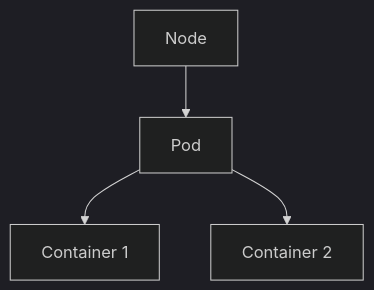
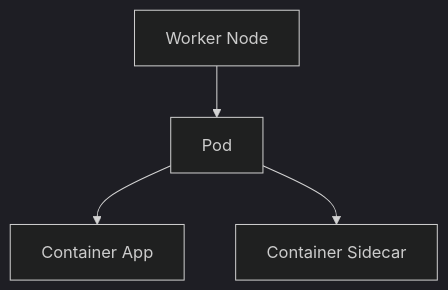
One commit to josemendes63/dkms-training changed the first of 2 diagrams in docs/kubernetes/pods.md. Above: the diagram before and after it, drawn with Mermaid (dark theme). The commit also changed other lines of this file and 6 other files, not shown here.

Commit message:
Diagramas Mermaid Kubernetes

````diff
--- a/docs/kubernetes/pods.md
+++ b/docs/kubernetes/pods.md
@@ -9,8 +9,11 @@
 ```mermaid
 graph TD
 
-A[Node] --> B[Pod]
+N[Worker Node]
 
-B --> C[Container 1]
-B --> D[Container 2]
+N --> P[Pod]
+
+P --> C1[Container App]
+
+P --> C2[Container Sidecar]
 ```
````
